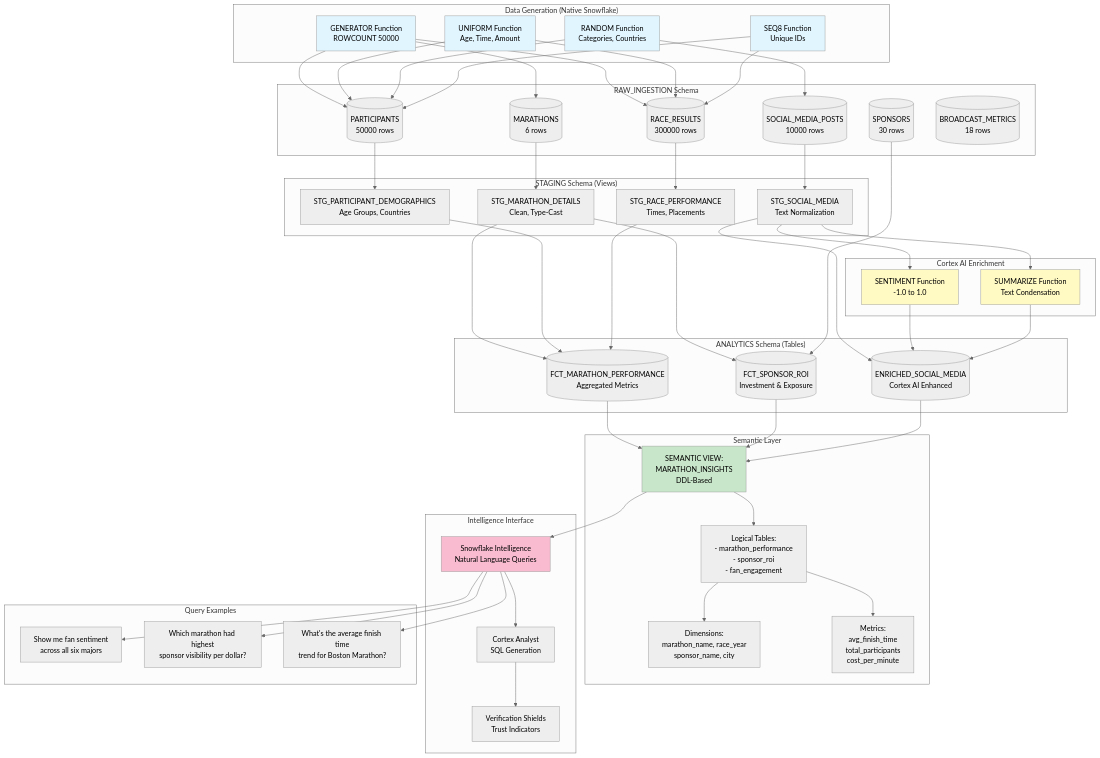
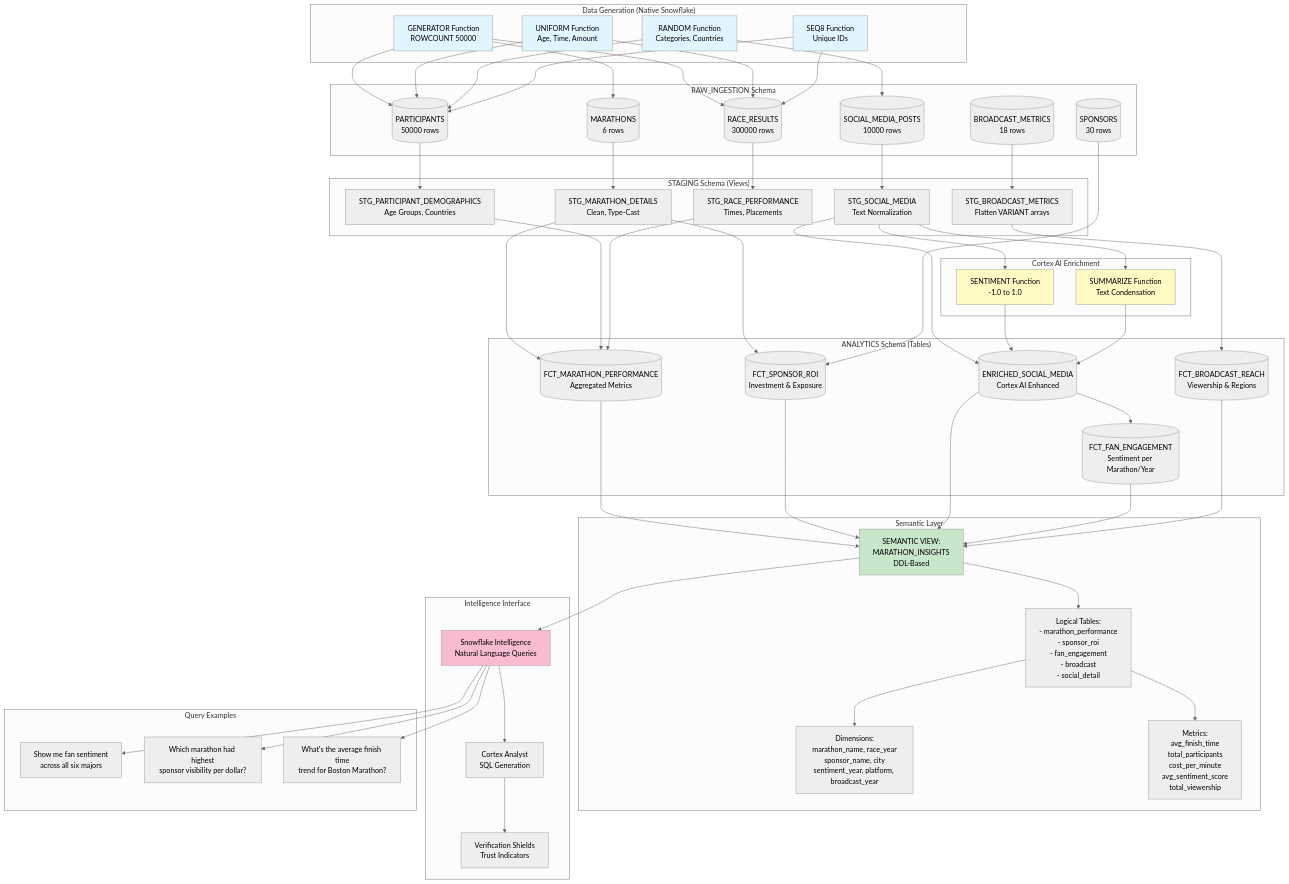
One commit to sfc-gh-miwhitaker/runningman changed the diagram in diagrams/data-flow.md. Above: the diagram before and after it, drawn with Mermaid (neutral theme). The commit also changed 6 other files, not shown here.

```diff
--- a/diagrams/data-flow.md
+++ b/diagrams/data-flow.md
@@ -41,12 +41,15 @@
         STG2[STG_PARTICIPANT_DEMOGRAPHICS<br/>Age Groups, Countries]
         STG3[STG_RACE_PERFORMANCE<br/>Times, Placements]
         STG4[STG_SOCIAL_MEDIA<br/>Text Normalization]
+        STG5[STG_BROADCAST_METRICS<br/>Flatten VARIANT arrays]
     end
 
     subgraph "ANALYTICS Schema (Tables)"
         FACT1[(FCT_MARATHON_PERFORMANCE<br/>Aggregated Metrics)]
         FACT2[(FCT_SPONSOR_ROI<br/>Investment & Exposure)]
         FACT3[(ENRICHED_SOCIAL_MEDIA<br/>Cortex AI Enhanced)]
+        FACT4[(FCT_FAN_ENGAGEMENT<br/>Sentiment per Marathon/Year)]
+        FACT5[(FCT_BROADCAST_REACH<br/>Viewership & Regions)]
     end
 
     subgraph "Cortex AI Enrichment"
@@ -56,9 +59,9 @@
 
     subgraph "Semantic Layer"
         SEM1[SEMANTIC VIEW:<br/>MARATHON_INSIGHTS<br/>DDL-Based]
-        SEM2[Logical Tables:<br/>- marathon_performance<br/>- sponsor_roi<br/>- fan_engagement]
-        SEM3[Dimensions:<br/>marathon_name, race_year<br/>sponsor_name, city]
-        SEM4[Metrics:<br/>avg_finish_time<br/>total_participants<br/>cost_per_minute]
+        SEM2[Logical Tables:<br/>- marathon_performance<br/>- sponsor_roi<br/>- fan_engagement<br/>- broadcast<br/>- social_detail]
+        SEM3[Dimensions:<br/>marathon_name, race_year<br/>sponsor_name, city<br/>sentiment_year, platform, broadcast_year]
+        SEM4[Metrics:<br/>avg_finish_time<br/>total_participants<br/>cost_per_minute<br/>avg_sentiment_score<br/>total_viewership]
     end
 
     subgraph "Intelligence Interface"
@@ -87,6 +90,7 @@
     RAW2 --> STG2
     RAW3 --> STG3
     RAW5 --> STG4
+    RAW6 --> STG5
 
     STG1 --> FACT1
     STG2 --> FACT1
@@ -99,10 +103,14 @@
     STG4 --> CORTEX2
     CORTEX1 --> FACT3
     CORTEX2 --> FACT3
+    FACT3 --> FACT4
+    STG5 --> FACT5
 
     FACT1 --> SEM1
     FACT2 --> SEM1
     FACT3 --> SEM1
+    FACT4 --> SEM1
+    FACT5 --> SEM1
     SEM1 --> SEM2
     SEM2 --> SEM3
     SEM2 --> SEM4
```
